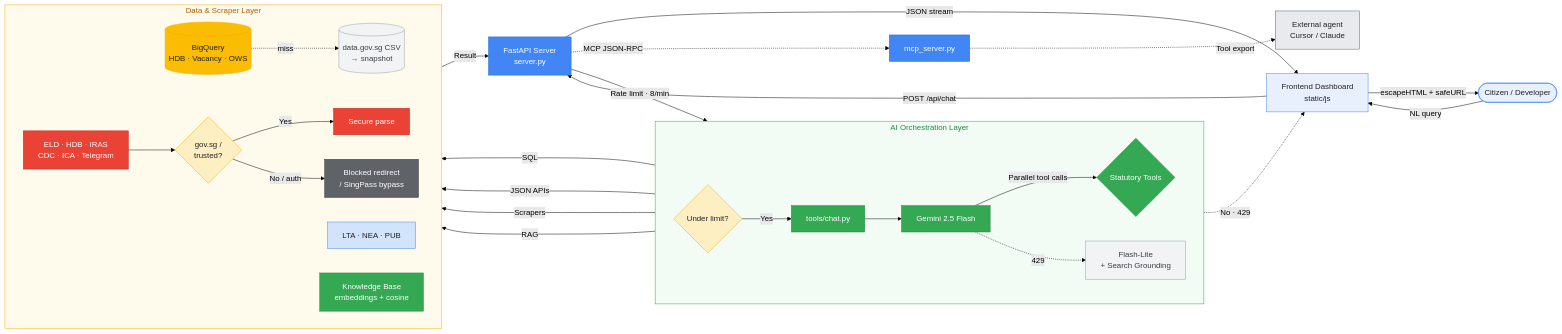
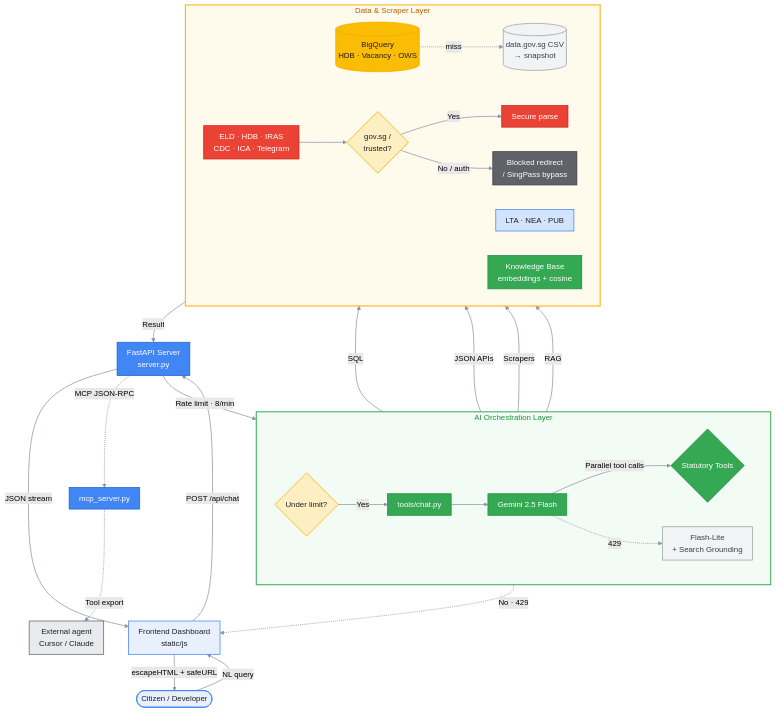
Before and after one commit to leshweyeewin/merlion-os: the diagram in README.md, drawn with Mermaid (forest theme). The commit also changed 2 other files, not shown here.

Commit message:
docs: add architecture diagram

````diff
--- a/README.md
+++ b/README.md
@@ -32,47 +32,50 @@
 ```mermaid
-graph LR
+%%{init: {'flowchart': {'curve': 'basis', 'padding': 10}}}%%
+graph TD
     User([Citizen / Developer]):::client -->|NL query| UI[Frontend Dashboard<br/>static/js]:::client
     UI -->|POST /api/chat| Server[FastAPI Server<br/>server.py]:::server
     Server -->|Rate limit · 8/min| RateLimit{Under limit?}:::gate
     RateLimit -.->|No · 429| UI
 
     subgraph AI["AI Orchestration Layer"]
         direction LR
         RateLimit -->|Yes| Chat[tools/chat.py]:::ai
         Chat --> Gemini[Gemini 2.5 Flash]:::ai
         Gemini -->|Parallel tool calls| Tools{Statutory Tools}:::ai
         Gemini -.->|429| Fallback[Flash-Lite<br/>+ Search Grounding]:::fallback
     end
 
     subgraph DATA["Data &amp; Scraper Layer"]
         direction LR
         Tools -->|SQL| BQ[(BigQuery<br/>HDB · Vacancy · OWS)]:::data
         BQ -.->|miss| GOV[(data.gov.sg CSV<br/>→ snapshot)]:::fallback
         Tools -->|JSON APIs| APIS[LTA · NEA · PUB]:::api
         Tools -->|Scrapers| Scrapers[ELD · HDB · IRAS<br/>CDC · ICA · Telegram]:::scraper
         Tools -->|RAG| KB[Knowledge Base<br/>embeddings + cosine]:::ai
         Scrapers --> Validate{gov.sg /<br/>trusted?}:::gate
         Validate -->|Yes| Fetch[Secure parse]:::scraper
         Validate -->|No / auth| Block[Blocked redirect<br/>/ SingPass bypass]:::security
     end
 
     Fetch -->|Result| Server
     Server -->|JSON stream| UI
     UI -->|escapeHTML + safeURL| User
     Server -.->|MCP JSON-RPC| FastMCP[mcp_server.py]:::server
     FastMCP -.->|Tool export| Cursor[External agent<br/>Cursor / Claude]:::external
 
-    classDef client fill:#E8F0FE,stroke:#4285F4,stroke-width:1px,color:#202124;
-    classDef server fill:#4285F4,stroke:#1967D2,stroke-width:1px,color:#ffffff;
-    classDef ai fill:#34A853,stroke:#1E8E3E,stroke-width:1px,color:#ffffff;
-    classDef data fill:#FBBC04,stroke:#F9AB00,stroke-width:1px,color:#202124;
-    classDef api fill:#D2E3FC,stroke:#4285F4,stroke-width:1px,color:#202124;
-    classDef scraper fill:#EA4335,stroke:#C5221F,stroke-width:1px,color:#ffffff;
-    classDef security fill:#5F6368,stroke:#3C4043,stroke-width:1px,color:#ffffff;
-    classDef gate fill:#FEEFC3,stroke:#F9AB00,stroke-width:1px,color:#202124;
-    classDef fallback fill:#F1F3F4,stroke:#9AA0A6,stroke-width:1px,color:#3C4043;
-    classDef external fill:#E8EAED,stroke:#5F6368,stroke-width:1px,color:#202124;
+    classDef client fill:#E8F0FE,stroke:#4285F4,stroke-width:1.5px,color:#202124;
+    classDef server fill:#4285F4,stroke:#1967D2,stroke-width:1.5px,color:#ffffff;
+    classDef ai fill:#34A853,stroke:#1E8E3E,stroke-width:1.5px,color:#ffffff;
+    classDef data fill:#FBBC04,stroke:#F9AB00,stroke-width:1.5px,color:#202124;
+    classDef api fill:#D2E3FC,stroke:#4285F4,stroke-width:1.5px,color:#202124;
+    classDef scraper fill:#EA4335,stroke:#C5221F,stroke-width:1.5px,color:#ffffff;
+    classDef security fill:#5F6368,stroke:#3C4043,stroke-width:1.5px,color:#ffffff;
+    classDef gate fill:#FEEFC3,stroke:#F9AB00,stroke-width:1.5px,color:#202124;
+    classDef fallback fill:#F1F3F4,stroke:#9AA0A6,stroke-width:1.5px,color:#3C4043;
+    classDef external fill:#E8EAED,stroke:#5F6368,stroke-width:1.5px,color:#202124;
 
-    style AI fill:#F3FBF5,stroke:#34A853,stroke-width:1px,color:#1E8E3E;
-    style DATA fill:#FFFBEC,stroke:#F9AB00,stroke-width:1px,color:#B06000;
+    style AI fill:#F3FBF5,stroke:#34A853,stroke-width:2px,color:#1E8E3E;
+    style DATA fill:#FFFBEC,stroke:#F9AB00,stroke-width:2px,color:#B06000;
+
+    linkStyle default stroke:#8A94A6,stroke-width:1.5px;
 ```
````
